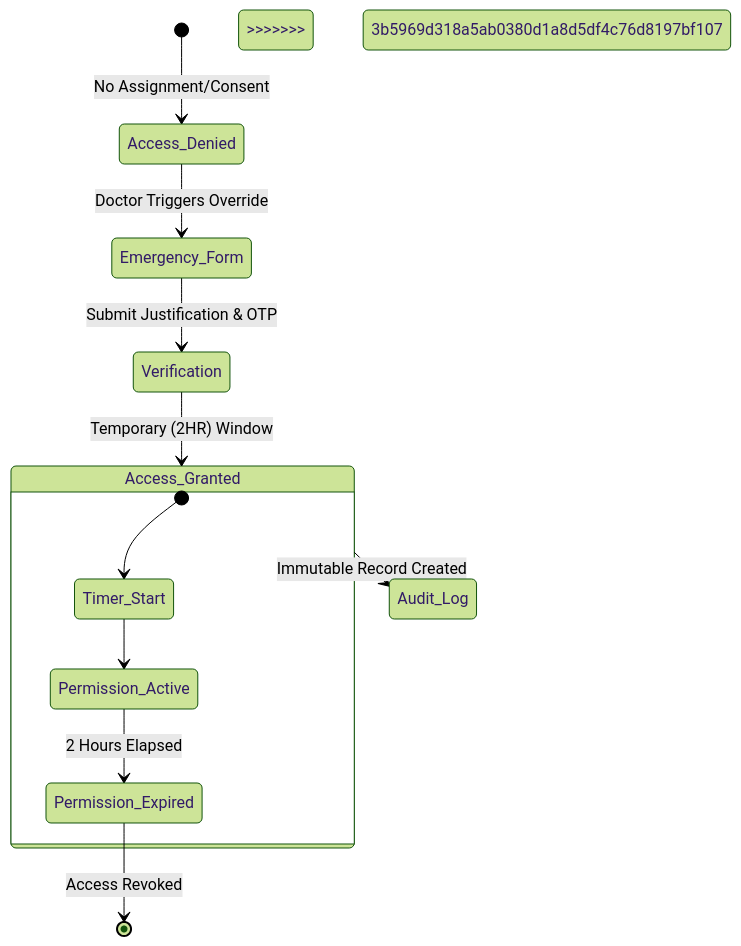
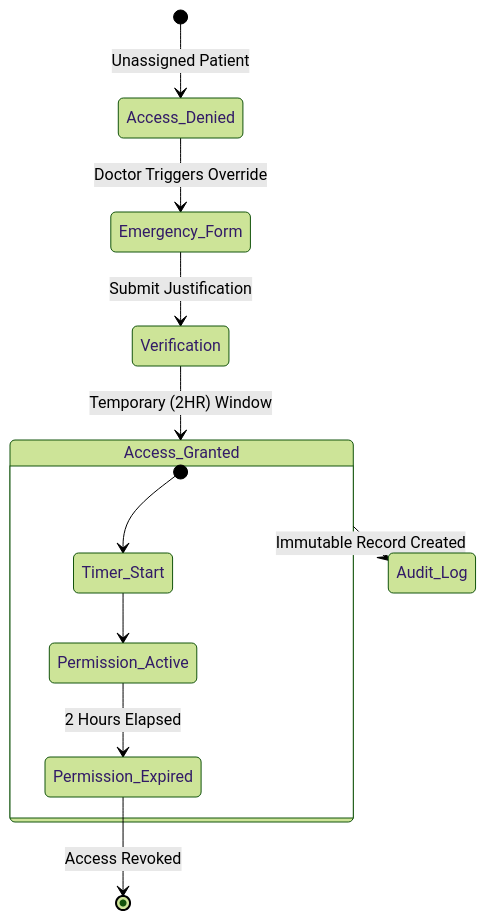
The fourth of 4 diagrams in README.md (HackathonCodeBase/healthcare-auth-system), drawn with Mermaid (forest theme) before and after one commit. The commit also changed other lines of this file and 42 other files, not shown here.

````diff
--- a/README.md
+++ b/README.md
@@ -202,17 +115,16 @@
 ```mermaid
 stateDiagram-v2
-    [*] --> Access_Denied: No Assignment/Consent
+    [*] --> Access_Denied: Unassigned Patient
     Access_Denied --> Emergency_Form: Doctor Triggers Override
-    Emergency_Form --> Verification: Submit Justification & OTP
->>>>>>> 3b5969d318a5ab0380d1a8d5df4c76d8197bf107
+    Emergency_Form --> Verification: Submit Justification
     Verification --> Access_Granted: Temporary (2HR) Window
     
     state Access_Granted {
         [*] --> Timer_Start
         Timer_Start --> Permission_Active
         Permission_Active --> Permission_Expired: 2 Hours Elapsed
     }
     
     Access_Granted --> Audit_Log: Immutable Record Created
     Permission_Expired --> [*]: Access Revoked
 ```
````
